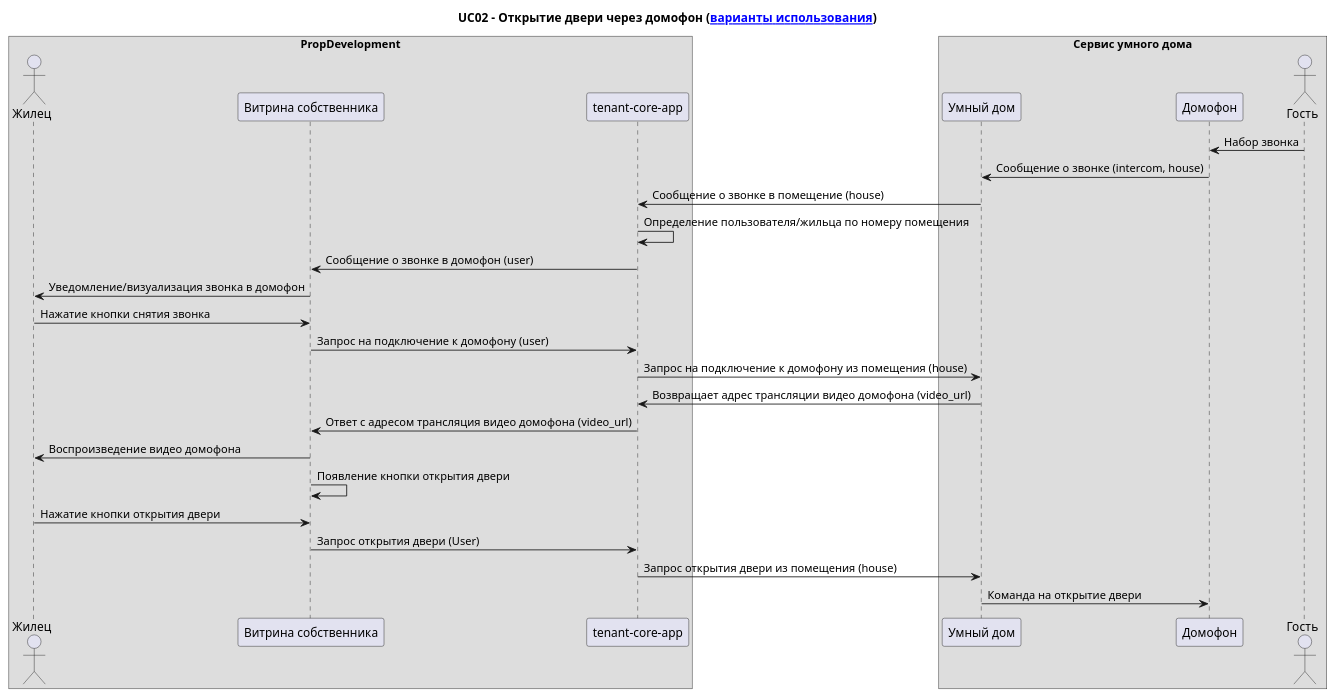
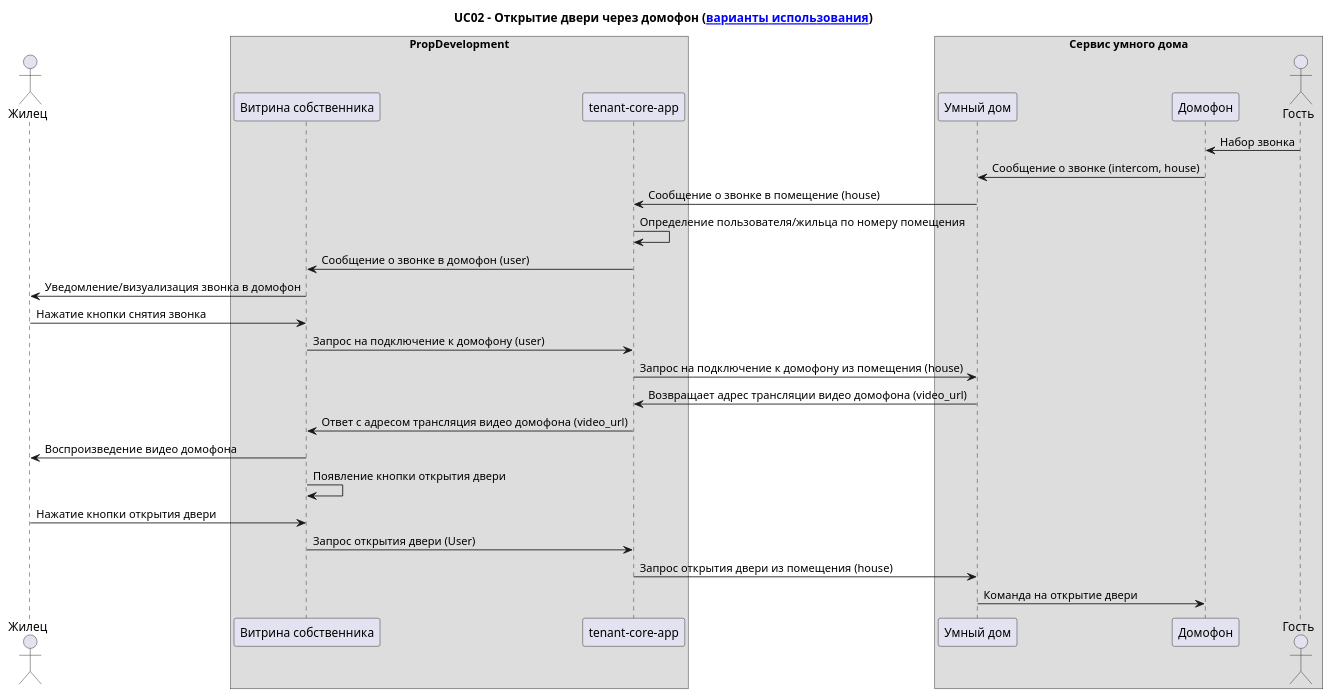
Before and after one commit to asbelon/architecture-sprint-7: the diagram in Exc3/uc/UC02.puml, drawn with PlantUML. The commit also changed other lines of this file and 5 other files, not shown here.

```diff
--- a/Exc3/uc/UC02.puml
+++ b/Exc3/uc/UC02.puml
@@ -1,34 +1,34 @@
 @startuml
 
 title UC02 - Открытие двери через домофон ([[./uc.puml варианты использования]])
 
+actor Жилец as Tenant
 box "PropDevelopment"
-actor Жилец as Tenant
 participant "Витрина собственника" as MobileApp
 participant "tenant-core-app" as TenantCoreApp
 end box
 box "Сервис умного дома"
 participant "Умный дом" as SmartHome
 participant "Домофон" as Intercom
 actor Гость as Guest
 end box
 
 Guest -> Intercom: Набор звонка
 Intercom -> SmartHome: Сообщение о звонке (intercom, house)
 SmartHome -> TenantCoreApp: Сообщение о звонке в помещение (house)
 TenantCoreApp -> TenantCoreApp: Определение пользователя/жильца по номеру помещения
 TenantCoreApp -> MobileApp: Сообщение о звонке в домофон (user)
 MobileApp -> Tenant: Уведомление/визуализация звонка в домофон
 Tenant -> MobileApp: Нажатие кнопки снятия звонка
 MobileApp -> TenantCoreApp: Запрос на подключение к домофону (user)
 TenantCoreApp -> SmartHome: Запрос на подключение к домофону из помещения (house)
 SmartHome -> TenantCoreApp: Возвращает адрес трансляции видео домофона (video_url)
 TenantCoreApp -> MobileApp: Ответ с адресом трансляция видео домофона (video_url)
 MobileApp -> Tenant: Воспроизведение видео домофона
 MobileApp -> MobileApp: Появление кнопки открытия двери
 Tenant -> MobileApp: Нажатие кнопки открытия двери
 MobileApp -> TenantCoreApp: Запрос открытия двери (User)
 TenantCoreApp -> SmartHome: Запрос открытия двери из помещения (house)
 SmartHome -> Intercom: Команда на открытие двери
 
 @enduml
```
